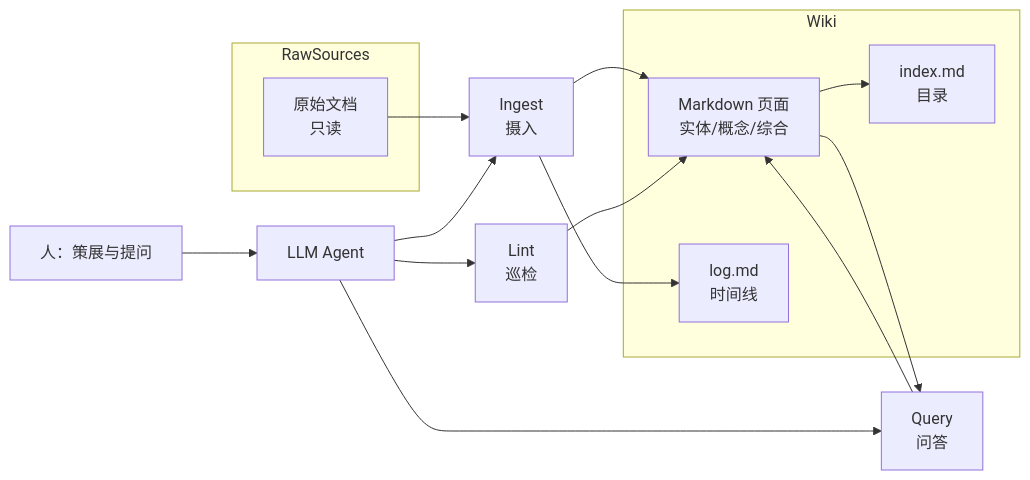
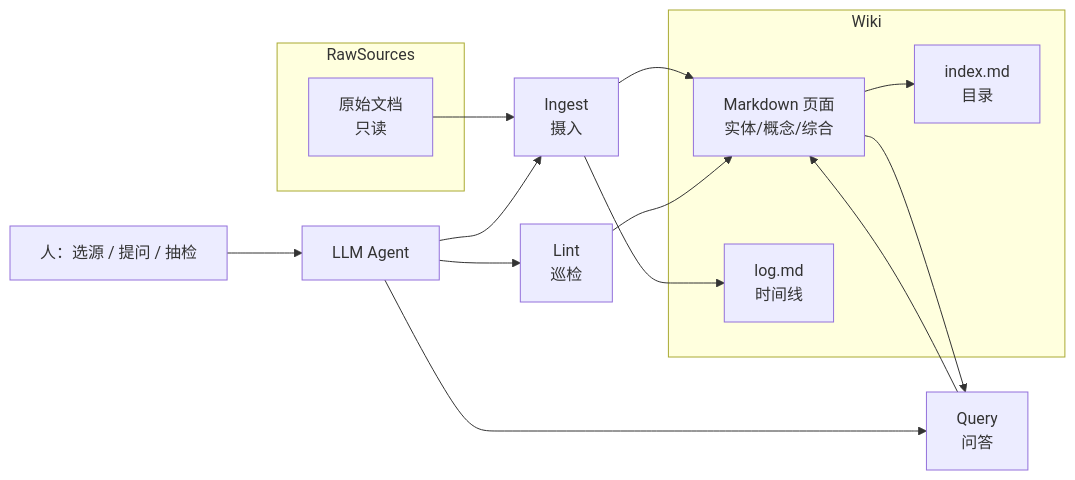
Before and after one commit to wolf-wolf/ai-tell-ai: the diagram in docs/topic-overviews/llm-wiki-overview.md, drawn with Mermaid. The commit also changed other lines of this file and 38 other files, not shown here.

````diff
--- a/docs/topic-overviews/llm-wiki-overview.md
+++ b/docs/topic-overviews/llm-wiki-overview.md
@@ -71,27 +75,27 @@
 ```mermaid
 flowchart LR
   subgraph sources [RawSources]
-    Raw["原始文档\n只读"]
+    Raw["原始文档<br />只读"]
   end
   subgraph wiki [Wiki]
-    Pages["Markdown 页面\n实体/概念/综合"]
-    Index["index.md\n目录"]
-    Log["log.md\n时间线"]
+    Pages["Markdown 页面<br />实体/概念/综合"]
+    Index["index.md<br />目录"]
+    Log["log.md<br />时间线"]
   end
-  Ingest["Ingest\n摄入"]
-  Query["Query\n问答"]
-  Lint["Lint\n巡检"]
-  User["人：策展与提问"]
+  Ingest["Ingest<br />摄入"]
+  Query["Query<br />问答"]
+  Lint["Lint<br />巡检"]
+  User["人：选源 / 提问 / 抽检"]
   Agent["LLM Agent"]
   Raw --> Ingest
   Ingest --> Pages
   Pages --> Index
   Ingest --> Log
   User --> Agent
   Agent --> Ingest
   Agent --> Query
   Agent --> Lint
   Pages --> Query
   Query --> Pages
   Lint --> Pages
 ```
````
